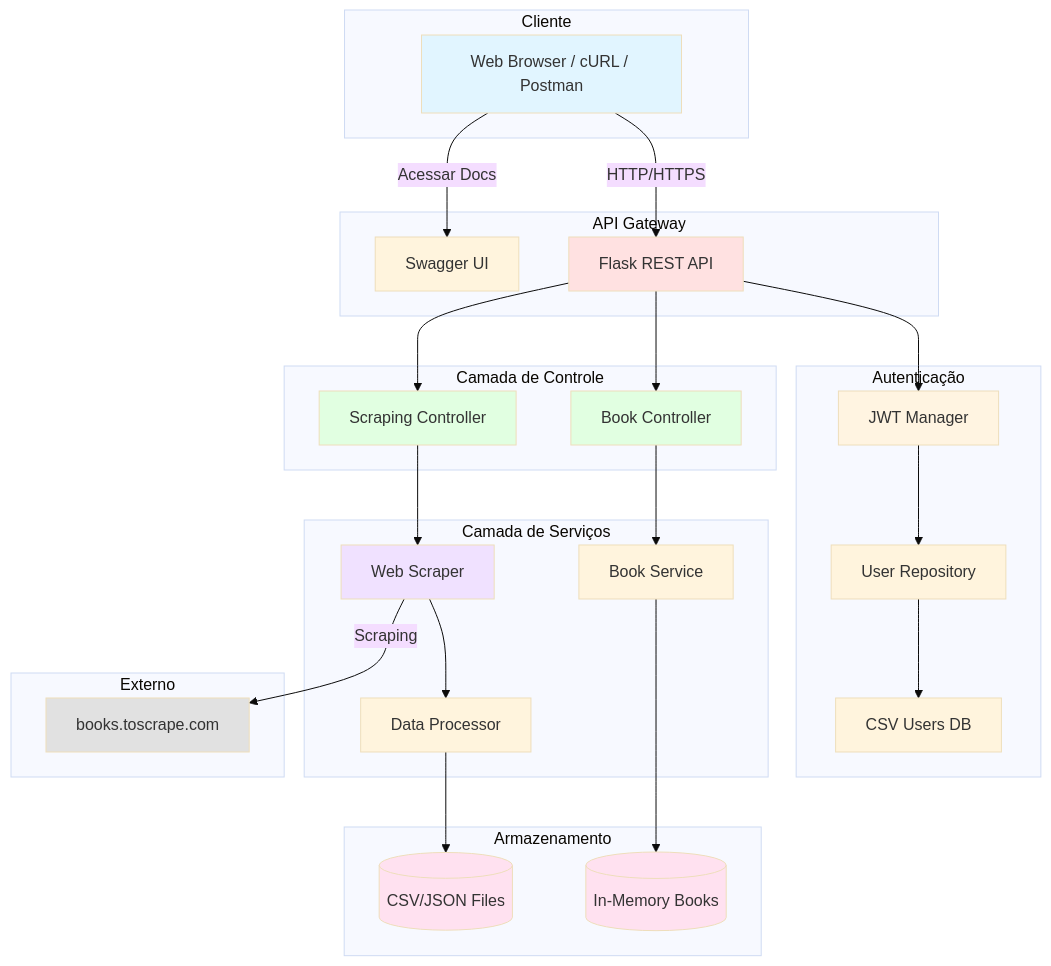
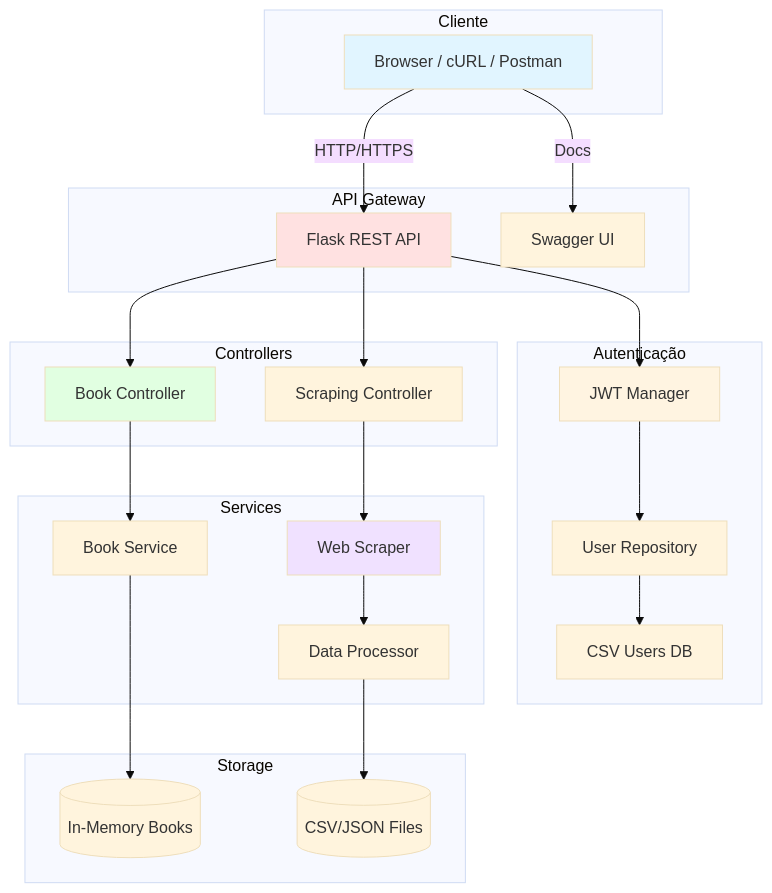
One commit to giulianogimenez/FIAP-MLE-book-store changed the diagram in README.md. Above: the diagram before and after it, drawn with Mermaid (base theme). The commit also changed other lines of this file and 6 other files, not shown here.

````diff
--- a/README.md
+++ b/README.md
@@ -81,61 +80,52 @@
 ```mermaid
 graph TB
     subgraph "Cliente"
-        A[Web Browser / cURL / Postman]
+        A[Browser / cURL / Postman]
     end
     
     subgraph "API Gateway"
         B[Flask REST API]
         B1[Swagger UI]
     end
     
     subgraph "Autenticação"
         C[JWT Manager]
         D[User Repository]
         E[CSV Users DB]
     end
     
-    subgraph "Camada de Controle"
+    subgraph "Controllers"
         F[Book Controller]
         G[Scraping Controller]
     end
     
-    subgraph "Camada de Serviços"
+    subgraph "Services"
         H[Book Service]
         I[Web Scraper]
         J[Data Processor]
     end
     
-    subgraph "Armazenamento"
+    subgraph "Storage"
         K[(In-Memory Books)]
         L[(CSV/JSON Files)]
     end
     
-    subgraph "Externo"
-        M[books.toscrape.com]
-    end
-    
     A -->|HTTP/HTTPS| B
-    A -->|Acessar Docs| B1
+    A -->|Docs| B1
     B --> C
     C --> D
     D --> E
     B --> F
     B --> G
     F --> H
     G --> I
     H --> K
     I --> J
     J --> L
-    I -->|Scraping| M
     
     style A fill:#e1f5ff
     style B fill:#ffe1e1
     style C fill:#fff4e1
     style F fill:#e1ffe1
-    style G fill:#e1ffe1
     style I fill:#f0e1ff
-    style K fill:#ffe1f0
-    style L fill:#ffe1f0
-    style M fill:#e1e1e1
 ```
````
